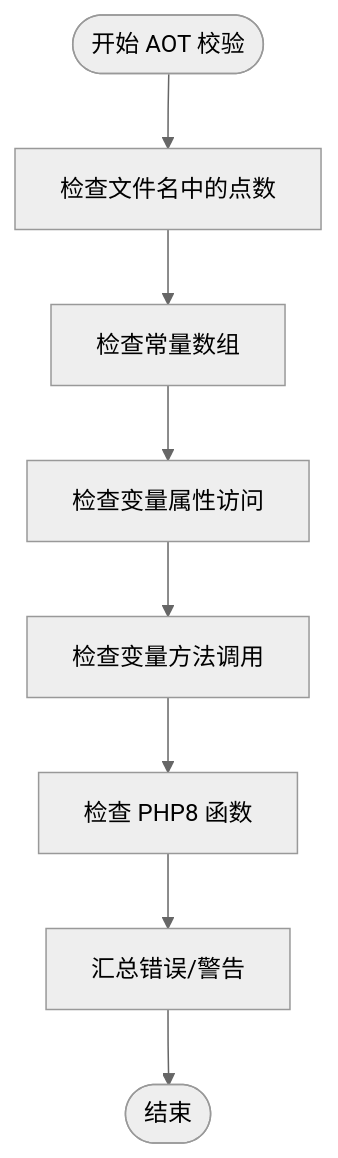
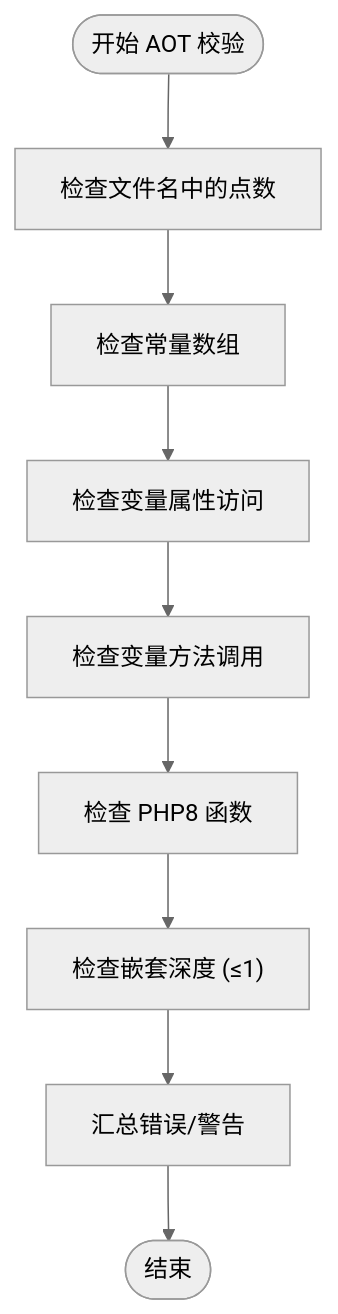
The sixth of 10 diagrams in .qoder/repowiki/zh/content/测试策略.md (xingye00186/PHP-Data-UI-Framework-powered-by-swooleAOT), drawn with Mermaid (neutral theme) before and after one commit. The commit also changed other lines of this file and 7 other files, not shown here.

````diff
--- a/.qoder/repowiki/zh/content/测试策略.md
+++ b/.qoder/repowiki/zh/content/测试策略.md
@@ -323,10 +343,11 @@
 ```mermaid
 flowchart TD
 Start(["开始 AOT 校验"]) --> DotCheck["检查文件名中的点数"]
 DotCheck --> ConstArr["检查常量数组"]
 ConstArr --> VarProp["检查变量属性访问"]
 VarProp --> VarMethod["检查变量方法调用"]
 VarMethod --> Php8["检查 PHP8 函数"]
-Php8 --> Report["汇总错误/警告"]
+Php8 --> Nesting["检查嵌套深度 (≤1)"]
+Nesting --> Report["汇总错误/警告"]
 Report --> End(["结束"])
 ```
````
